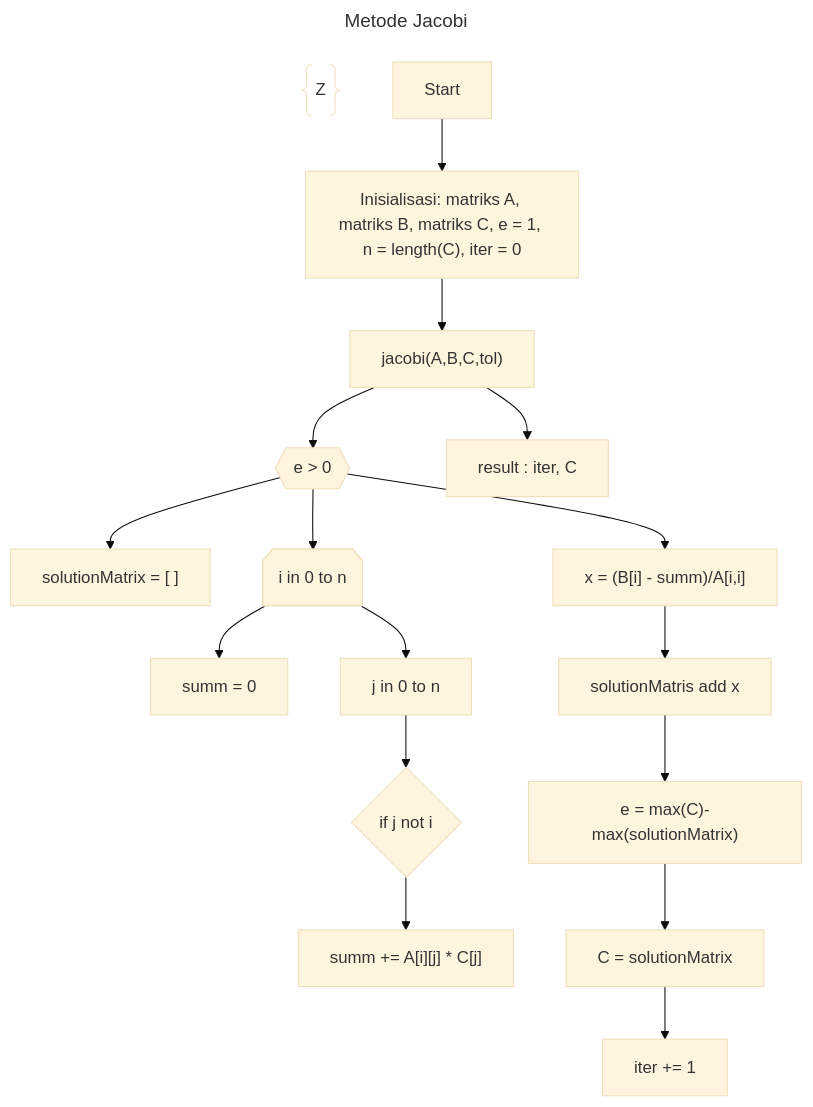
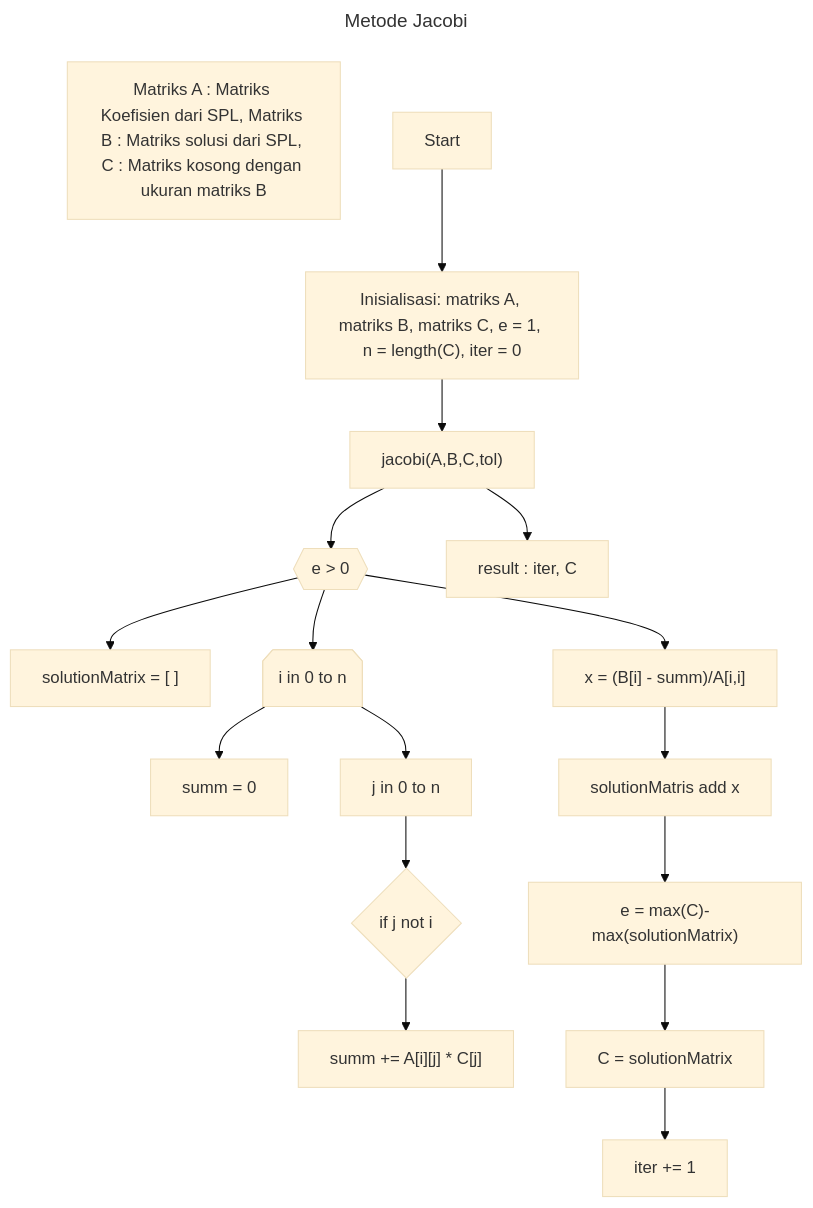
The diagram in Modul-3/metode-jacobi.mmd (aslabkomfis/Komputasi-Numerik-24-25), drawn with Mermaid (base theme) before and after one commit.

```diff
--- a/Modul-3/metode-jacobi.mmd
+++ b/Modul-3/metode-jacobi.mmd
@@ -1,21 +1,21 @@
 ---
 title: Metode Jacobi    
 ---
 
 flowchart TD;
-    Z@{shape: braces, label:"Matriks A : Matriks Koefisien dari SPL, Matriks B : Matriks solusi dari SPL, C : Matriks kosong dengan ukuran matriks B"} 
+    Z["Matriks A : Matriks Koefisien dari SPL, Matriks B : Matriks solusi dari SPL, C : Matriks kosong dengan ukuran matriks B"]
     A[Start] --> B["Inisialisasi: matriks A, matriks B, matriks C, e = 1, n = length(C), iter = 0"] 
     B --> X["jacobi(A,B,C,tol)"]
     X --> C{{"e > 0"}}
     C --> D["solutionMatrix = [ ]"]
     C --> F@{shape: notch-pent, label: "i in 0 to n"}
     F --> G["summ = 0"]
     F --> H["j in 0 to n"]
     H --> I{"if j not i"}
     I --> J["summ += A[i][j] * C[j]"]
     C --> K["x = (B[i] - summ)/A[i,i]"]
     K --> L["solutionMatris add x"]
     L --> M["e = max(C)-max(solutionMatrix)"]
     M --> N["C = solutionMatrix"]
     N --> O["iter += 1"]
     X --> P["result : iter, C"]
```
